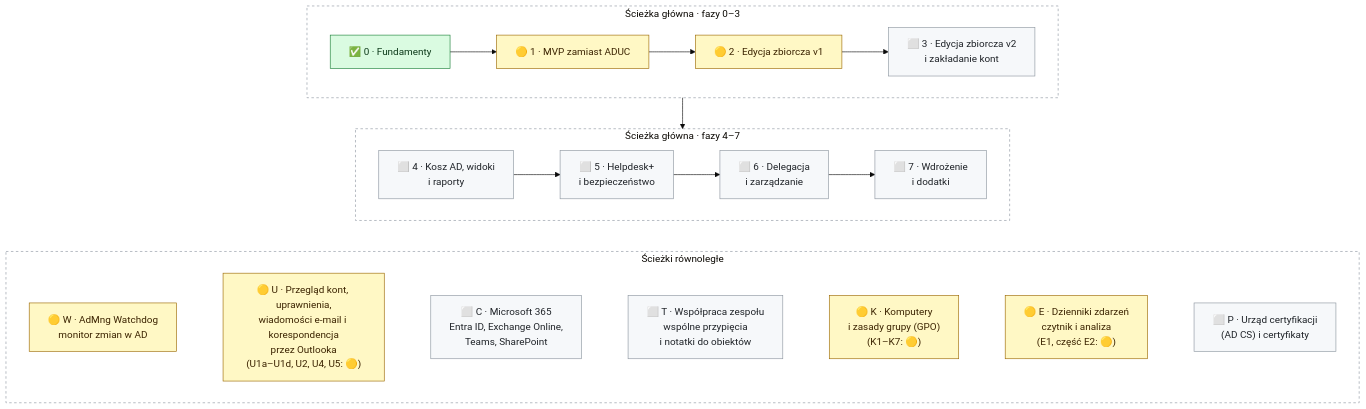
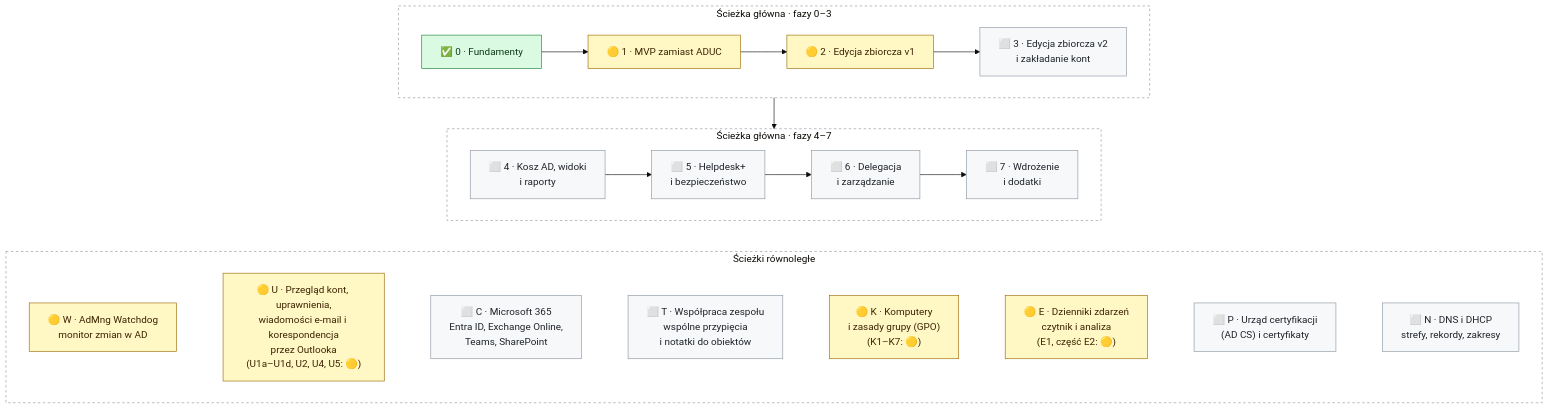
The diagram in README.md (DarienRahl/AD_MNG), drawn with Mermaid (base theme) before and after one commit. The commit also changed other lines of this file and 1 other file, not shown here.

First line of the commit message:
Roadmap: track N – DNS and DHCP (draft; review fixes follow)

````diff
--- a/README.md
+++ b/README.md
@@ -188,26 +188,26 @@
 ```mermaid
 flowchart TB
     subgraph A["Ścieżka główna · fazy 0–3"]
         direction LR
         F0["✅ 0 · Fundamenty"] --> F1["🟡 1 · MVP zamiast ADUC"] --> F2["🟡 2 · Edycja zbiorcza v1"] --> F3["⬜ 3 · Edycja zbiorcza v2<br/>i zakładanie kont"]
     end
     subgraph B["Ścieżka główna · fazy 4–7"]
         direction LR
         F4["⬜ 4 · Kosz AD, widoki<br/>i raporty"] --> F5["⬜ 5 · Helpdesk+<br/>i bezpieczeństwo"] --> F6["⬜ 6 · Delegacja<br/>i zarządzanie"] --> F7["⬜ 7 · Wdrożenie<br/>i dodatki"]
     end
     subgraph C["Ścieżki równoległe"]
         direction LR
-        W["🟡 W · AdMng Watchdog<br/>monitor zmian w AD"] ~~~ U["🟡 U · Przegląd kont, uprawnienia,<br/>wiadomości e-mail i korespondencja<br/>przez Outlooka<br/>(U1a–U1d, U2, U4, U5: 🟡)"] ~~~ M365["⬜ C · Microsoft 365<br/>Entra ID, Exchange Online,<br/>Teams, SharePoint"] ~~~ TEAM["⬜ T · Współpraca zespołu<br/>wspólne przypięcia<br/>i notatki do obiektów"] ~~~ K["🟡 K · Komputery<br/>i zasady grupy (GPO)<br/>(K1–K7: 🟡)"] ~~~ EVT["🟡 E · Dzienniki zdarzeń<br/>czytnik i analiza<br/>(E1, część E2: 🟡)"] ~~~ PKI["⬜ P · Urząd certyfikacji<br/>(AD CS) i certyfikaty"]
+        W["🟡 W · AdMng Watchdog<br/>monitor zmian w AD"] ~~~ U["🟡 U · Przegląd kont, uprawnienia,<br/>wiadomości e-mail i korespondencja<br/>przez Outlooka<br/>(U1a–U1d, U2, U4, U5: 🟡)"] ~~~ M365["⬜ C · Microsoft 365<br/>Entra ID, Exchange Online,<br/>Teams, SharePoint"] ~~~ TEAM["⬜ T · Współpraca zespołu<br/>wspólne przypięcia<br/>i notatki do obiektów"] ~~~ K["🟡 K · Komputery<br/>i zasady grupy (GPO)<br/>(K1–K7: 🟡)"] ~~~ EVT["🟡 E · Dzienniki zdarzeń<br/>czytnik i analiza<br/>(E1, część E2: 🟡)"] ~~~ PKI["⬜ P · Urząd certyfikacji<br/>(AD CS) i certyfikaty"] ~~~ NET["⬜ N · DNS i DHCP<br/>strefy, rekordy, zakresy"]
     end
     A --> B
     B ~~~ C
     classDef done fill:#dafbe1,stroke:#1a7f37,color:#0d3a1a
     classDef wip fill:#fff8c5,stroke:#9a6700,color:#3b2300
     classDef todo fill:#f6f8fa,stroke:#8c959f,color:#1f2328
     class F0 done
     class F1,F2,W,U,K,EVT wip
-    class F3,F4,F5,F6,F7,M365,TEAM,PKI todo
+    class F3,F4,F5,F6,F7,M365,TEAM,PKI,NET todo
     style A fill:transparent,stroke:#8c959f,stroke-dasharray:4 4
     style B fill:transparent,stroke:#8c959f,stroke-dasharray:4 4
     style C fill:transparent,stroke:#8c959f,stroke-dasharray:4 4
 ```
````
